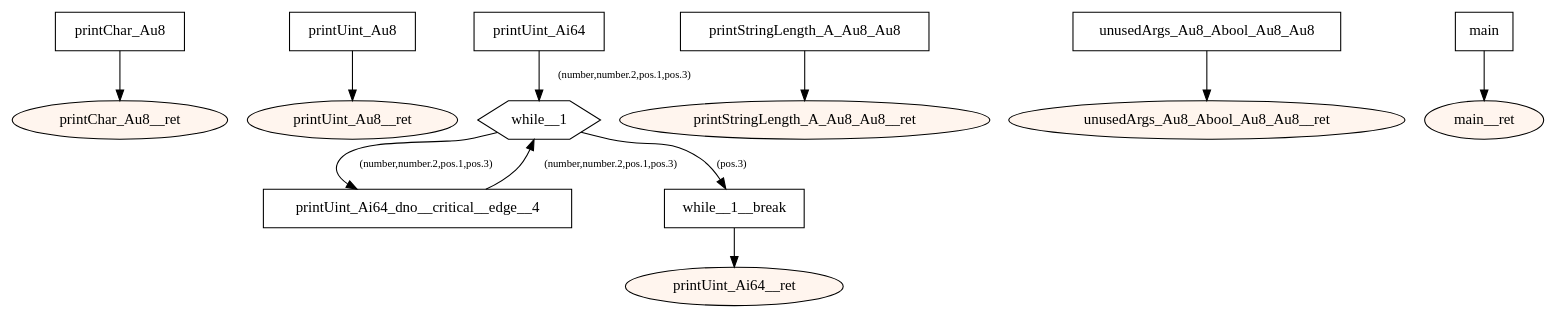
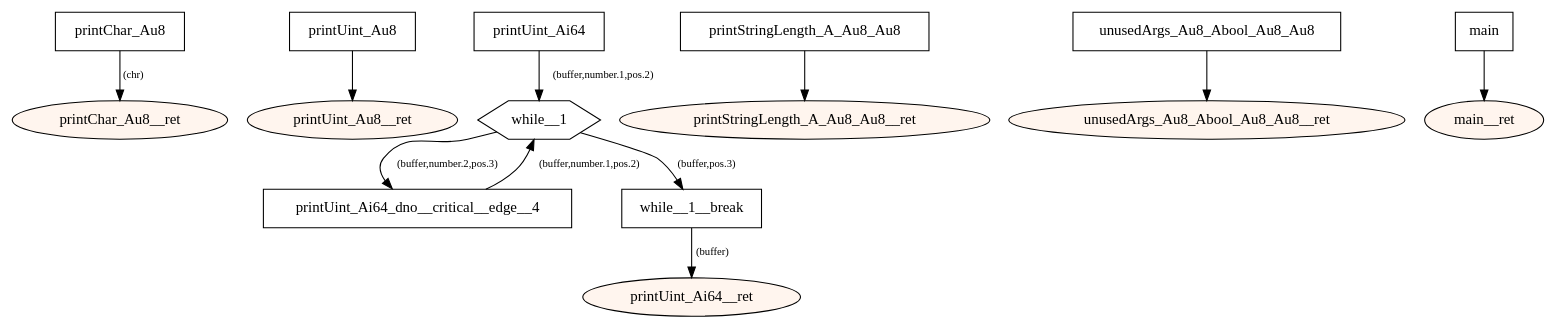
The diagram in src/main/resources-test/compiler/windows/basics.dot (tmssngr/tinyC), drawn with Graphviz before and after one commit. The commit also changed 159 other files, not shown here.

```diff
--- a/src/main/resources-test/compiler/windows/basics.dot
+++ b/src/main/resources-test/compiler/windows/basics.dot
@@ -1,40 +1,40 @@
 digraph program {
 	edge[fontsize="10pt"];
 	subgraph fn_printChar_Au8 {
 		BasicBlock_0_printChar_Au8 [label="printChar_Au8",shape=box];
-		BasicBlock_0_printChar_Au8 -> BasicBlock_0_printChar_Au8__ret;
+		BasicBlock_0_printChar_Au8 -> BasicBlock_0_printChar_Au8__ret [label="(chr)"];
 		BasicBlock_0_printChar_Au8__ret [label="printChar_Au8__ret",shape=oval,style=filled,fillcolor="#fff5ee"];
 	}
 	subgraph fn_printUint_Au8 {
 		BasicBlock_1_printUint_Au8 [label="printUint_Au8",shape=box];
 		BasicBlock_1_printUint_Au8 -> BasicBlock_1_printUint_Au8__ret;
 		BasicBlock_1_printUint_Au8__ret [label="printUint_Au8__ret",shape=oval,style=filled,fillcolor="#fff5ee"];
 	}
 	subgraph fn_printUint_Ai64 {
 		BasicBlock_2_printUint_Ai64 [label="printUint_Ai64",shape=box];
-		BasicBlock_2_printUint_Ai64 -> BasicBlock_2_while__1 [label="(number,number.2,pos.1,pos.3)"];
+		BasicBlock_2_printUint_Ai64 -> BasicBlock_2_while__1 [label="(buffer,number.1,pos.2)"];
 		BasicBlock_2_printUint_Ai64_dno__critical__edge__4 [label="printUint_Ai64_dno__critical__edge__4",shape=box];
-		BasicBlock_2_printUint_Ai64_dno__critical__edge__4 -> BasicBlock_2_while__1 [label="(number,number.2,pos.1,pos.3)"];
+		BasicBlock_2_printUint_Ai64_dno__critical__edge__4 -> BasicBlock_2_while__1 [label="(buffer,number.1,pos.2)"];
 		BasicBlock_2_while__1 [label="while__1",shape=hexagon];
-		BasicBlock_2_while__1 -> BasicBlock_2_printUint_Ai64_dno__critical__edge__4 [label="(number,number.2,pos.1,pos.3)"];
-		BasicBlock_2_while__1 -> BasicBlock_2_while__1__break [label="(pos.3)"];
+		BasicBlock_2_while__1 -> BasicBlock_2_printUint_Ai64_dno__critical__edge__4 [label="(buffer,number.2,pos.3)"];
+		BasicBlock_2_while__1 -> BasicBlock_2_while__1__break [label="(buffer,pos.3)"];
 		BasicBlock_2_while__1__break [label="while__1__break",shape=box];
-		BasicBlock_2_while__1__break -> BasicBlock_2_printUint_Ai64__ret;
+		BasicBlock_2_while__1__break -> BasicBlock_2_printUint_Ai64__ret [label="(buffer)"];
 		BasicBlock_2_printUint_Ai64__ret [label="printUint_Ai64__ret",shape=oval,style=filled,fillcolor="#fff5ee"];
 	}
 	subgraph fn_printStringLength_A_Au8_Au8 {
 		BasicBlock_3_printStringLength_A_Au8_Au8 [label="printStringLength_A_Au8_Au8",shape=box];
 		BasicBlock_3_printStringLength_A_Au8_Au8 -> BasicBlock_3_printStringLength_A_Au8_Au8__ret;
 		BasicBlock_3_printStringLength_A_Au8_Au8__ret [label="printStringLength_A_Au8_Au8__ret",shape=oval,style=filled,fillcolor="#fff5ee"];
 	}
 	subgraph fn_unusedArgs_Au8_Abool_Au8_Au8 {
 		BasicBlock_4_unusedArgs_Au8_Abool_Au8_Au8 [label="unusedArgs_Au8_Abool_Au8_Au8",shape=box];
 		BasicBlock_4_unusedArgs_Au8_Abool_Au8_Au8 -> BasicBlock_4_unusedArgs_Au8_Abool_Au8_Au8__ret;
 		BasicBlock_4_unusedArgs_Au8_Abool_Au8_Au8__ret [label="unusedArgs_Au8_Abool_Au8_Au8__ret",shape=oval,style=filled,fillcolor="#fff5ee"];
 	}
 	subgraph fn_main {
 		BasicBlock_5_main [label="main",shape=box];
 		BasicBlock_5_main -> BasicBlock_5_main__ret;
 		BasicBlock_5_main__ret [label="main__ret",shape=oval,style=filled,fillcolor="#fff5ee"];
 	}
 }
```
